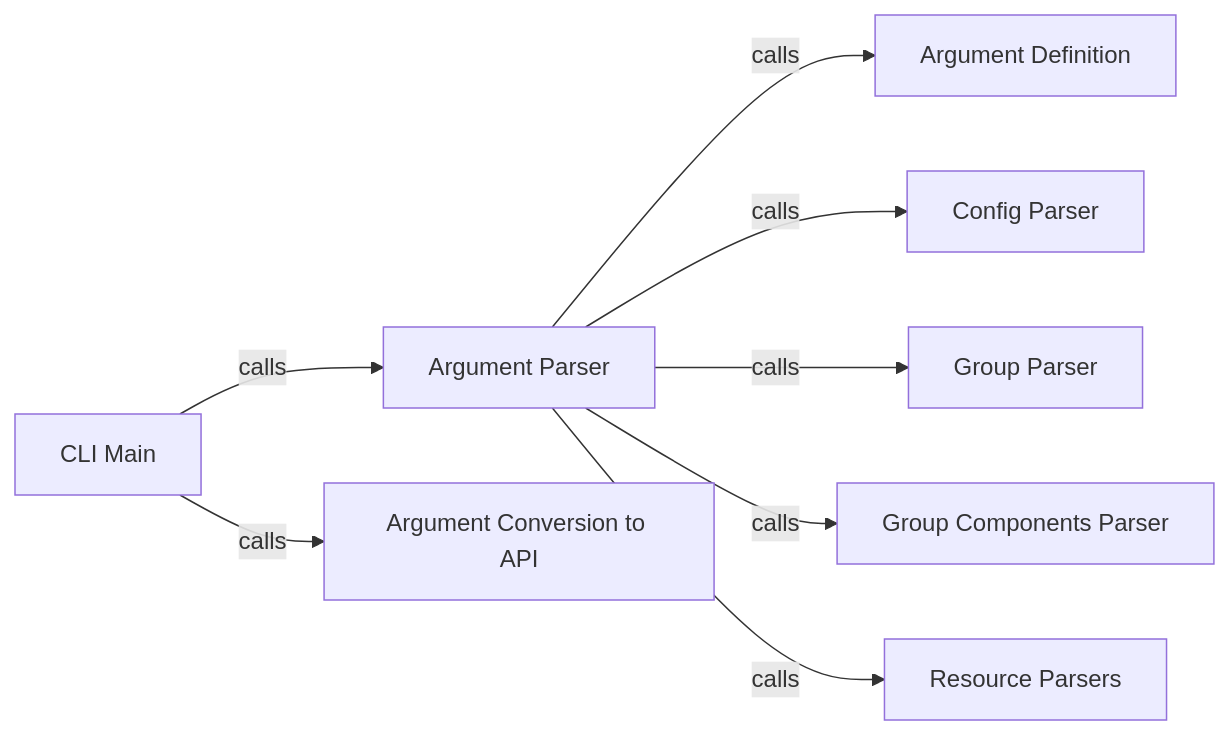
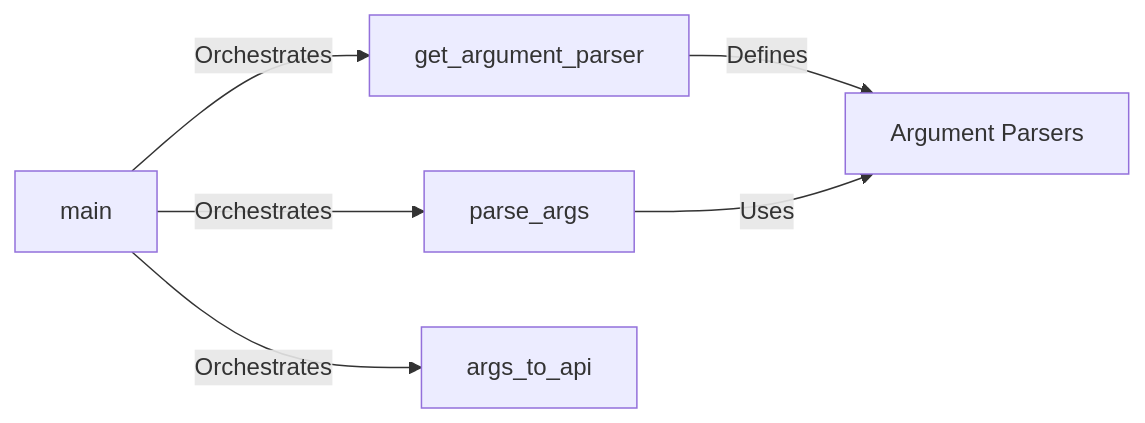
The diagram in snakemake/Command Line Interface.md (CodeBoarding/GeneratedOnBoardings), drawn with Mermaid before and after one commit. The commit also changed other lines of this file and 11 other files, not shown here.

````diff
--- a/snakemake/Command Line Interface.md
+++ b/snakemake/Command Line Interface.md
@@ -1,18 +1,13 @@
 ```mermaid
 graph LR
-    CLI_Main["CLI Main"]
-    Argument_Parser["Argument Parser"]
-    Argument_Definition["Argument Definition"]
-    Config_Parser["Config Parser"]
-    Argument_Conversion_to_API["Argument Conversion to API"]
-    Group_Parser["Group Parser"]
-    Group_Components_Parser["Group Components Parser"]
-    Resource_Parsers["Resource Parsers"]
-    CLI_Main -- "calls" --> Argument_Parser
-    CLI_Main -- "calls" --> Argument_Conversion_to_API
-    Argument_Parser -- "calls" --> Argument_Definition
-    Argument_Parser -- "calls" --> Config_Parser
-    Argument_Parser -- "calls" --> Group_Parser
-    Argument_Parser -- "calls" --> Group_Components_Parser
-    Argument_Parser -- "calls" --> Resource_Parsers
+    main["main"]
+    get_argument_parser["get_argument_parser"]
+    parse_args["parse_args"]
+    args_to_api["args_to_api"]
+    Argument_Parsers["Argument Parsers"]
+    main -- "Orchestrates" --> get_argument_parser
+    main -- "Orchestrates" --> parse_args
+    main -- "Orchestrates" --> args_to_api
+    get_argument_parser -- "Defines" --> Argument_Parsers
+    parse_args -- "Uses" --> Argument_Parsers
 ```
````
